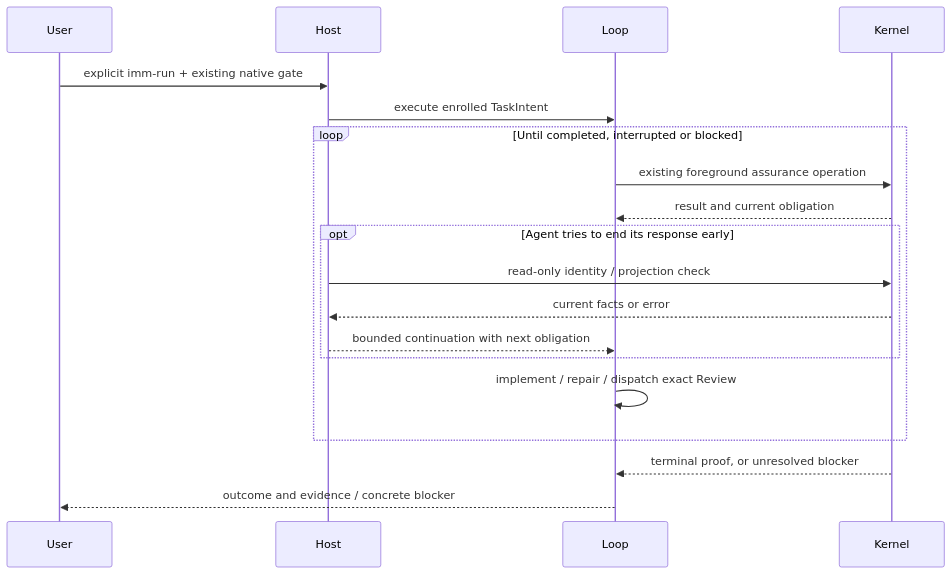
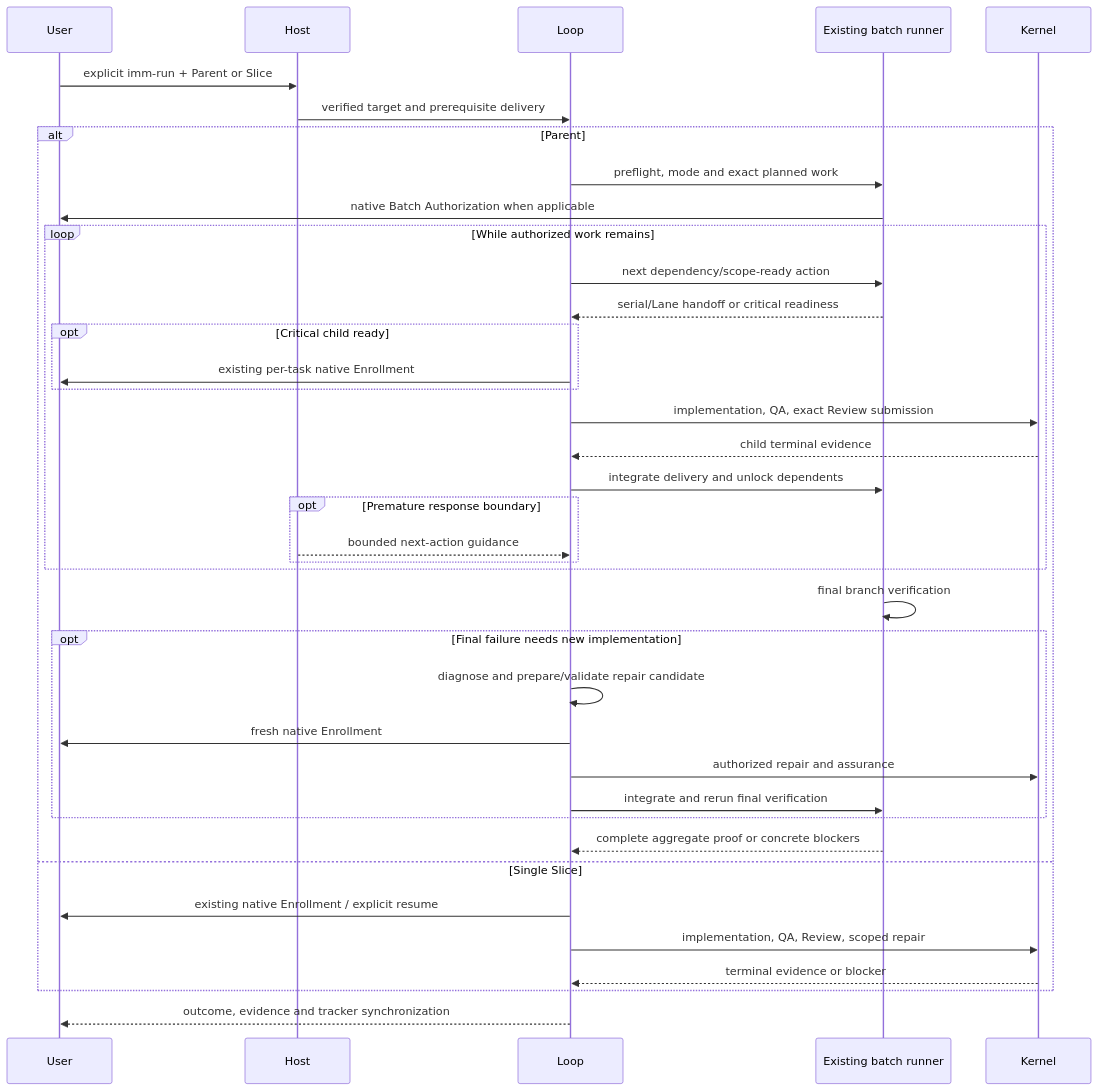
The diagram in docs/specs/goal-driven-run.spec.md (dereknex/immune-brain), drawn with Mermaid before and after one commit. The commit also changed other lines of this file and 20 other files, not shown here.

Commit message:
docs(specs): add goal-driven-run spec and intent contract

````diff
--- a/docs/specs/goal-driven-run.spec.md
+++ b/docs/specs/goal-driven-run.spec.md
@@ -91,21 +162,40 @@
 ```mermaid
 sequenceDiagram
     participant U as User
     participant H as Host
     participant L as Loop
+    participant B as Existing batch runner
     participant K as Kernel
-    U->>H: explicit imm-run + existing native gate
-    H->>L: execute enrolled TaskIntent
-    loop Until completed, interrupted or blocked
-        L->>K: existing foreground assurance operation
-        K-->>L: result and current obligation
-        opt Agent tries to end its response early
-            H->>K: read-only identity / projection check
-            K-->>H: current facts or error
-            H-->>L: bounded continuation with next obligation
+    U->>H: explicit imm-run + Parent or Slice
+    H->>L: verified target and prerequisite delivery
+    alt Parent
+        L->>B: preflight, mode and exact planned work
+        B->>U: native Batch Authorization when applicable
+        loop While authorized work remains
+            L->>B: next dependency/scope-ready action
+            B-->>L: serial/Lane handoff or critical readiness
+            opt Critical child ready
+                L->>U: existing per-task native Enrollment
+            end
+            L->>K: implementation, QA, exact Review submission
+            K-->>L: child terminal evidence
+            L->>B: integrate delivery and unlock dependents
+            opt Premature response boundary
+                H-->>L: bounded next-action guidance
+            end
         end
-        L->>L: implement / repair / dispatch exact Review
+        B->>B: final branch verification
+        opt Final failure needs new implementation
+            L->>L: diagnose and prepare/validate repair candidate
+            L->>U: fresh native Enrollment
+            L->>K: authorized repair and assurance
+            L->>B: integrate and rerun final verification
+        end
+        B-->>L: complete aggregate proof or concrete blockers
+    else Single Slice
+        L->>U: existing native Enrollment / explicit resume
+        L->>K: implementation, QA, Review, scoped repair
+        K-->>L: terminal evidence or blocker
     end
-    K-->>L: terminal proof, or unresolved blocker
-    L-->>U: outcome and evidence / concrete blocker
+    L-->>U: outcome, evidence and tracker synchronization
 ```
````
